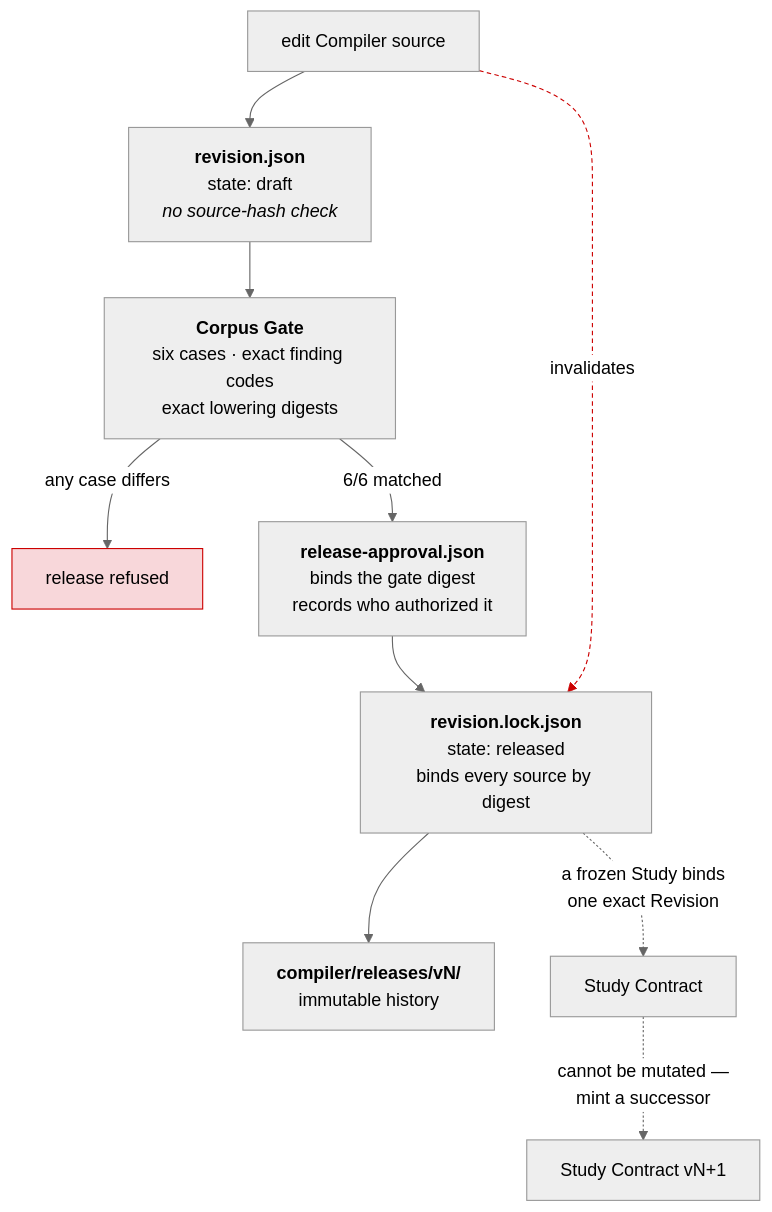
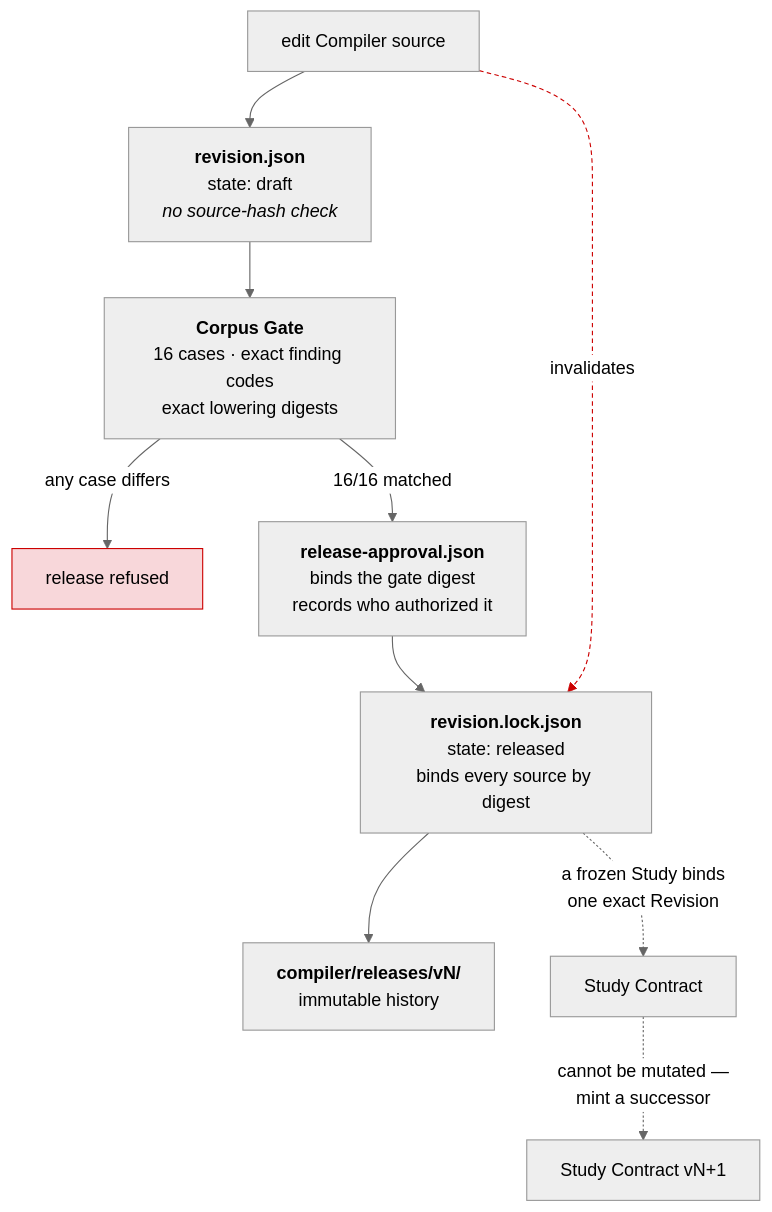
One commit to qhy991/open-cake-ir changed the sixth of 7 diagrams in docs/ARCHITECTURE.md. Above: the diagram before and after it, drawn with Mermaid (neutral theme). The commit also changed other lines of this file and 34 other files, not shown here.

````diff
--- a/docs/ARCHITECTURE.md
+++ b/docs/ARCHITECTURE.md
@@ -202,16 +202,16 @@
 ```mermaid
 graph TD
     E["edit Compiler source"] --> D["<b>revision.json</b><br/>state: draft<br/><i>no source-hash check</i>"]
-    D --> G["<b>Corpus Gate</b><br/>six cases · exact finding codes<br/>exact lowering digests"]
+    D --> G["<b>Corpus Gate</b><br/>16 cases · exact finding codes<br/>exact lowering digests"]
     G -->|"any case differs"| STOP["release refused"]
-    G -->|"6/6 matched"| AP["<b>release-approval.json</b><br/>binds the gate digest<br/>records who authorized it"]
+    G -->|"16/16 matched"| AP["<b>release-approval.json</b><br/>binds the gate digest<br/>records who authorized it"]
     AP --> L["<b>revision.lock.json</b><br/>state: released<br/>binds every source by digest"]
     L --> AR["<b>compiler/releases/vN/</b><br/>immutable history"]
 
     L -.->|"a frozen Study binds<br/>one exact Revision"| SC["Study Contract"]
     E -.->|"invalidates"| L
     SC -.->|"cannot be mutated —<br/>mint a successor"| SC2["Study Contract vN+1"]
 
     style STOP fill:#f8d7da,stroke:#c00
     linkStyle 7 stroke:#c00,stroke-dasharray:4 3
 ```
````
